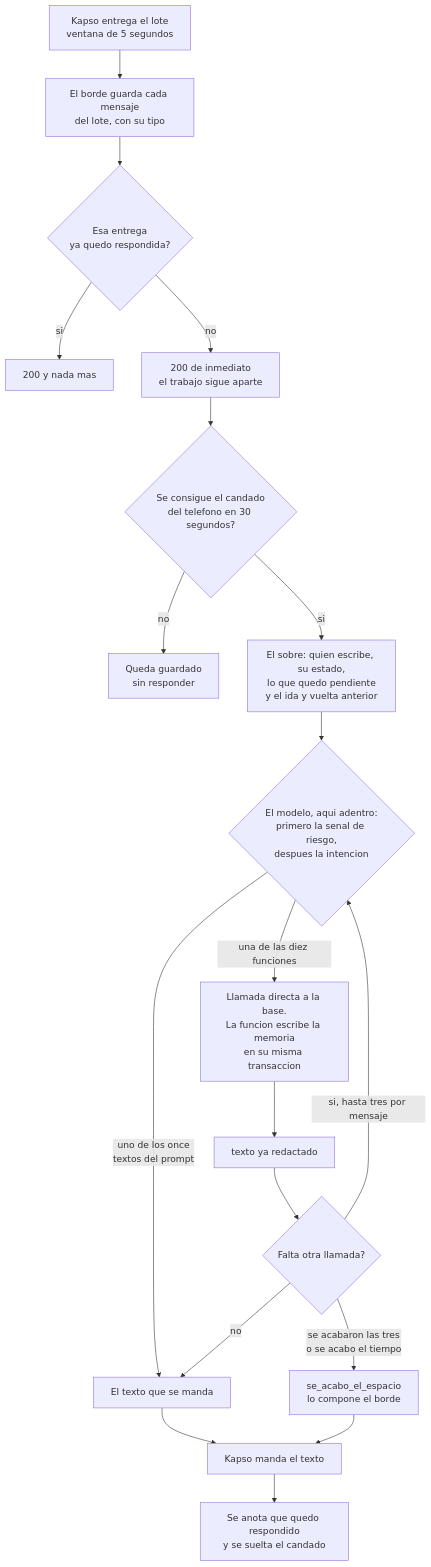
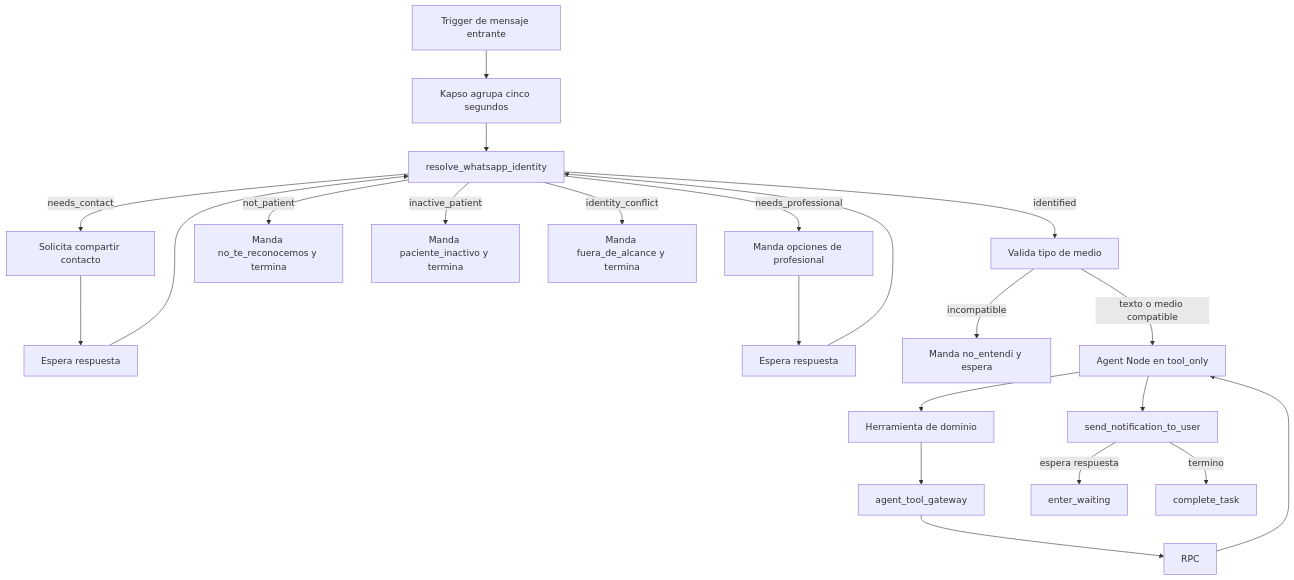
Before and after one commit to meagendamx-a11y/agente_ia_pseudocodigo: the diagram in docs/07-portero.md, drawn with Mermaid. The commit also changed other lines of this file and 10 other files, not shown here.

````diff
--- a/docs/07-portero.md
+++ b/docs/07-portero.md
@@ -61,21 +18,24 @@
 ```mermaid
 flowchart TD
-    A["Kapso entrega el lote<br/>ventana de 5 segundos"] --> B["El borde guarda cada mensaje<br/>del lote, con su tipo"]
-    B --> C{"Esa entrega<br/>ya quedo respondida?"}
-    C -->|"si"| D["200 y nada mas"]
-    C -->|"no"| E["200 de inmediato<br/>el trabajo sigue aparte"]
-    E --> F{"Se consigue el candado<br/>del telefono en 30 segundos?"}
-    F -->|"no"| G["Queda guardado<br/>sin responder"]
-    F -->|"si"| H["El sobre: quien escribe, su estado,<br/>lo que quedo pendiente<br/>y el ida y vuelta anterior"]
-    H --> I{"El modelo, aqui adentro:<br/>primero la senal de riesgo,<br/>despues la intencion"}
-    I -->|"uno de los once<br/>textos del prompt"| M["El texto que se manda"]
-    I -->|"una de las diez funciones"| J["Llamada directa a la base.<br/>La funcion escribe la memoria<br/>en su misma transaccion"]
-    J --> T["texto ya redactado"]
-    T --> K{"Falta otra llamada?"}
-    K -->|"si, hasta tres por mensaje"| I
-    K -->|"no"| M
-    K -->|"se acabaron las tres<br/>o se acabo el tiempo"| L["se_acabo_el_espacio<br/>lo compone el borde"]
-    L --> N
-    M --> N["Kapso manda el texto"]
-    N --> O["Se anota que quedo respondido<br/>y se suelta el candado"]
+    T["Trigger de mensaje entrante"] --> B["Kapso agrupa cinco segundos"]
+    B --> I["resolve_whatsapp_identity"]
+    I -->|"needs_contact"| C["Solicita compartir contacto"]
+    C --> W1["Espera respuesta"]
+    W1 --> I
+    I -->|"needs_professional"| P["Manda opciones de profesional"]
+    P --> W2["Espera respuesta"]
+    W2 --> I
+    I -->|"not_patient"| N["Manda no_te_reconocemos y termina"]
+    I -->|"inactive_patient"| X["Manda paciente_inactivo y termina"]
+    I -->|"identity_conflict"| Z["Manda fuera_de_alcance y termina"]
+    I -->|"identified"| M["Valida tipo de medio"]
+    M -->|"incompatible"| U["Manda no_entendi y espera"]
+    M -->|"texto o medio compatible"| A["Agent Node en tool_only"]
+    A --> K["Herramienta de dominio"]
+    K --> G["agent_tool_gateway"]
+    G --> R["RPC"]
+    R --> A
+    A --> S["send_notification_to_user"]
+    S -->|"espera respuesta"| E["enter_waiting"]
+    S -->|"termino"| F["complete_task"]
 ```
````
